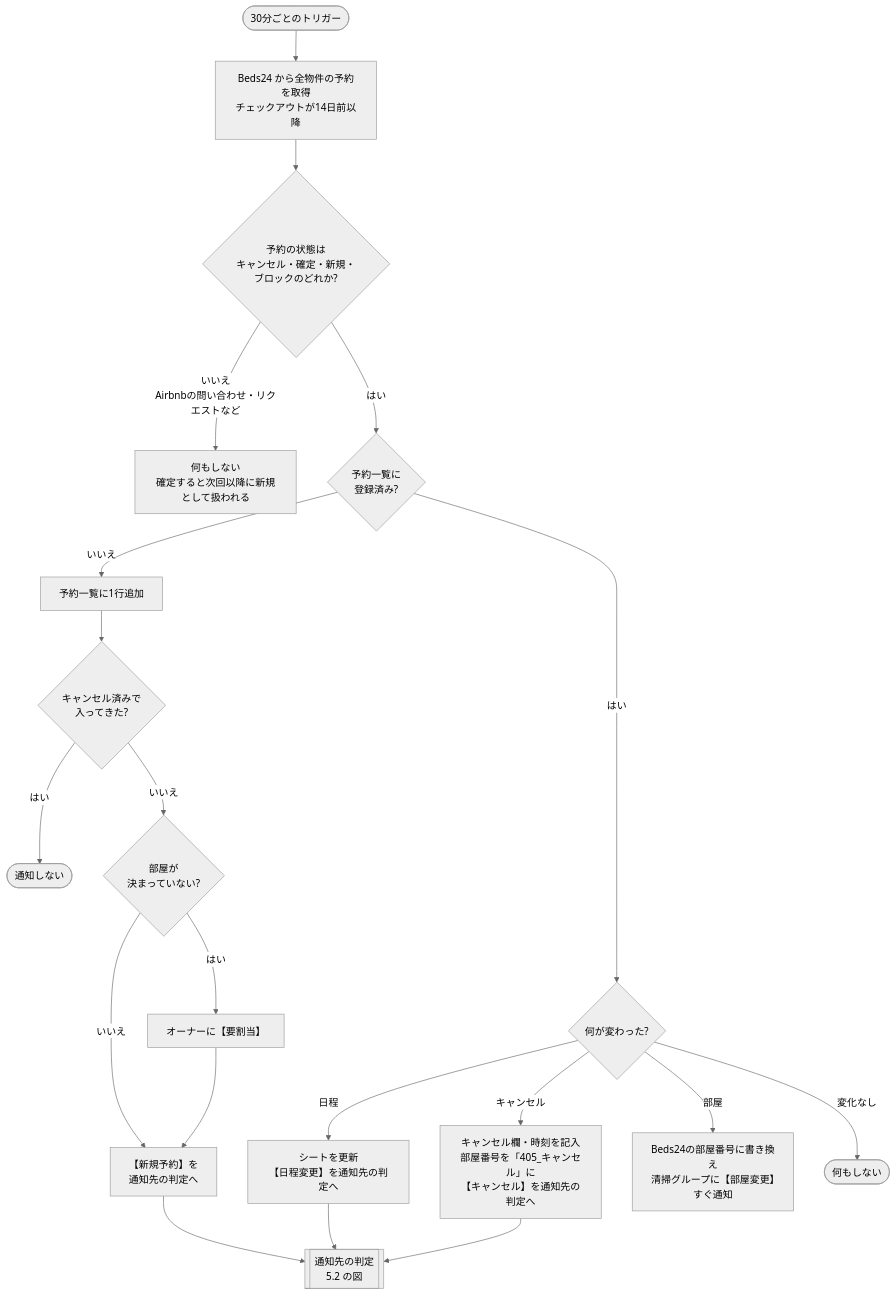
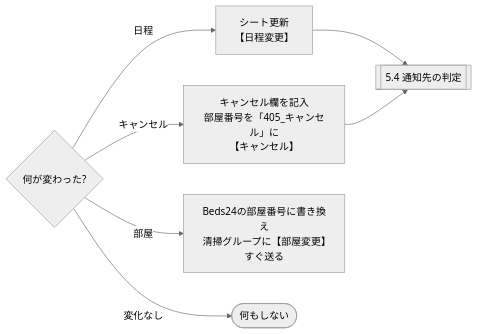
One commit to ichika4561/minpaku-reservation-notifier changed the third of 4 diagrams in REQUIREMENTS.md. Above: the diagram before and after it, drawn with Mermaid (neutral theme). The commit also changed other lines of this file, not shown here.

Commit message:
docs: フロー図を4つの小さな図に分割（GitHub表示で切れないように）

````diff
--- a/REQUIREMENTS.md
+++ b/REQUIREMENTS.md
@@ -56,23 +83,9 @@
 ```mermaid
-flowchart TD
-    T([30分ごとのトリガー]) --> F[Beds24 から全物件の予約を取得<br/>チェックアウトが14日前以降]
-    F --> S{予約の状態は<br/>キャンセル・確定・新規・ブロックのどれか?}
-    S -- いいえ<br/>Airbnbの問い合わせ・リクエストなど --> SKIP[何もしない<br/>確定すると次回以降に新規として扱われる]
-    S -- はい --> E{予約一覧に<br/>登録済み?}
-
-    E -- いいえ --> ADD[予約一覧に1行追加]
-    ADD --> C0{キャンセル済みで<br/>入ってきた?}
-    C0 -- はい --> END1([通知しない])
-    C0 -- いいえ --> U{部屋が<br/>決まっていない?}
-    U -- はい --> OWN[オーナーに【要割当】]
-    U -- いいえ --> NEW
-    OWN --> NEW[【新規予約】を<br/>通知先の判定へ]
-
-    E -- はい --> D{何が変わった?}
-    D -- 日程 --> CHG[シートを更新<br/>【日程変更】を通知先の判定へ]
-    D -- キャンセル --> CAN[キャンセル欄・時刻を記入<br/>部屋番号を「405_キャンセル」に<br/>【キャンセル】を通知先の判定へ]
-    D -- 部屋 --> ROOM[Beds24の部屋番号に書き換え<br/>清掃グループに【部屋変更】すぐ通知]
-    D -- 変化なし --> END2([何もしない])
-
-    NEW & CHG & CAN --> R[[通知先の判定<br/>5.2 の図]]
+flowchart LR
+    D{何が変わった?} -- 日程 --> G[シート更新<br/>【日程変更】]
+    D -- キャンセル --> K[キャンセル欄を記入<br/>部屋番号を「405_キャンセル」に<br/>【キャンセル】]
+    D -- 部屋 --> M[Beds24の部屋番号に書き換え<br/>清掃グループに【部屋変更】すぐ送る]
+    D -- 変化なし --> Z([何もしない])
+    G --> R[[5.4 通知先の判定]]
+    K --> R
 ```
````
